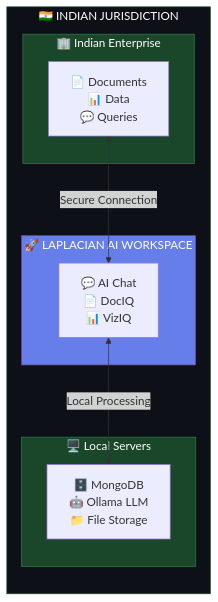
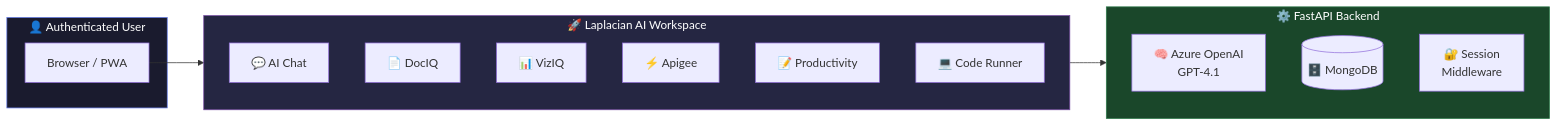
One commit to TR0J49/Axio-AI- changed the first of 6 diagrams in README.md. Above: the diagram before and after it, drawn with Mermaid. The commit also changed other lines of this file, not shown here.

Commit message:
Update README to reflect v2.0: FastAPI, Azure OpenAI, all current features

````diff
--- a/README.md
+++ b/README.md
@@ -188,24 +53,28 @@
 ```mermaid
 flowchart LR
-    subgraph INDIA["🇮🇳 INDIAN JURISDICTION"]
-        subgraph ENTERPRISE["🏢 Indian Enterprise"]
-            A["📄 Documents<br/>📊 Data<br/>💬 Queries"]
-        end
-
-        subgraph LAPLACIAN["🚀 LAPLACIAN AI WORKSPACE"]
-            B["💬 AI Chat<br/>📄 DocIQ<br/>📊 VizIQ"]
-        end
-
-        subgraph LOCAL["🖥️ Local Servers"]
-            C["🗄️ MongoDB<br/>🤖 Ollama LLM<br/>📁 File Storage"]
-        end
-
-        A <-->|"Secure Connection"| B
-        B <-->|"Local Processing"| C
+    subgraph USER["👤 Authenticated User"]
+        BROWSER["Browser / PWA"]
     end
 
-    style INDIA fill:#0d1117,stroke:#1a472a,color:#fff
-    style ENTERPRISE fill:#1a472a,stroke:#2d7a4a,color:#fff
-    style LAPLACIAN fill:#667eea,stroke:#764ba2,color:#fff
-    style LOCAL fill:#1a472a,stroke:#2d7a4a,color:#fff
+    subgraph WORKSPACE["🚀 Laplacian AI Workspace"]
+        CHAT["💬 AI Chat"]
+        DOCIQ["📄 DocIQ"]
+        VIZIQ["📊 VizIQ"]
+        APIGEE["⚡ Apigee"]
+        PROD["📝 Productivity"]
+        CODE["💻 Code Runner"]
+    end
+
+    subgraph BACKEND["⚙️ FastAPI Backend"]
+        AZURE["🧠 Azure OpenAI\nGPT-4.1"]
+        MONGO[("🗄️ MongoDB")]
+        SESSION["🔐 Session\nMiddleware"]
+    end
+
+    BROWSER --> WORKSPACE
+    WORKSPACE --> BACKEND
+
+    style USER fill:#1a1b2e,stroke:#667eea,color:#fff
+    style WORKSPACE fill:#252642,stroke:#764ba2,color:#fff
+    style BACKEND fill:#1a472a,stroke:#2d7a4a,color:#fff
 ```
````
